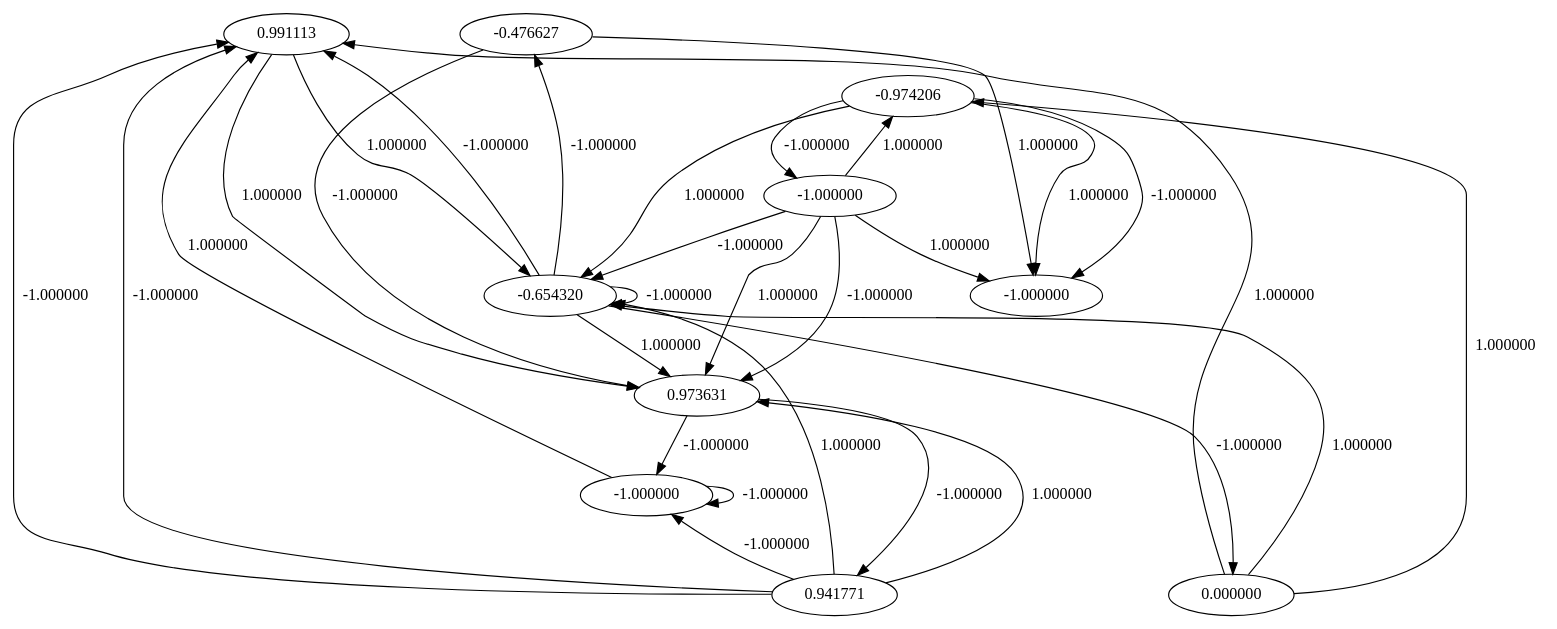
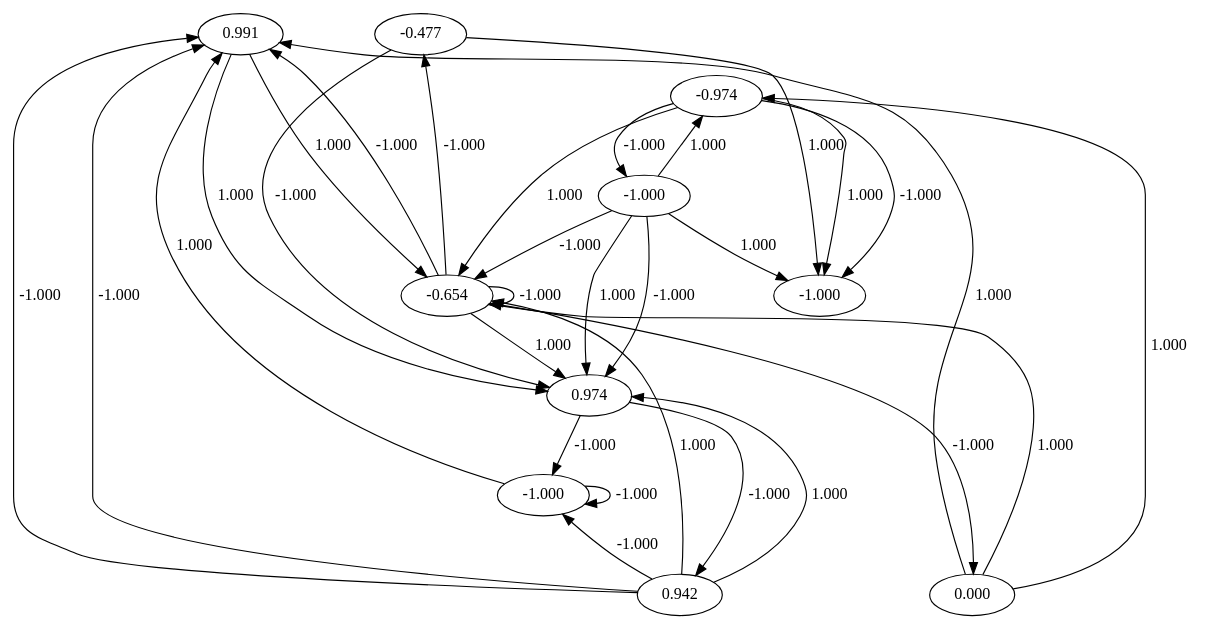
One commit to bkovitz/acclivation changed the diagram in test.dot. Above: the diagram before and after it, drawn with Graphviz. The commit also changed 4 other files, not shown here.

```diff
--- a/test.dot
+++ b/test.dot
@@ -1,42 +1,42 @@
 digraph g {{ rank=source edge [style="invis"] n0 -> n1 }{ rank=sink edge [style="invis"] n2 -> n3 }
-  n0 [label=0.991113]
-  n1 [label=-0.476627]
-  n2 [label=0.941771]
-  n3 [label=0.000000]
-  n4 [label=-1.000000]
-  n5 [label=-1.000000]
-  n6 [label=-0.654320]
-  n7 [label=-0.974206]
-  n8 [label=-1.000000]
-  n9 [label=0.973631]
-  n0 -> n9 [label=1.000000];
-  n6 -> n0 [label=-1.000000];
-  n2 -> n6 [label=1.000000];
-  n8 -> n7 [label=1.000000];
-  n2 -> n0 [label=-1.000000];
-  n3 -> n7 [label=1.000000];
-  n9 -> n2 [label=-1.000000];
-  n8 -> n9 [label=1.000000];
-  n3 -> n6 [label=1.000000];
-  n2 -> n9 [label=1.000000];
-  n1 -> n9 [label=-1.000000];
-  n7 -> n8 [label=-1.000000];
-  n5 -> n0 [label=1.000000];
-  n6 -> n1 [label=-1.000000];
-  n6 -> n3 [label=-1.000000];
-  n0 -> n6 [label=1.000000];
-  n5 -> n5 [label=-1.000000];
-  n7 -> n6 [label=1.000000];
-  n6 -> n9 [label=1.000000];
-  n7 -> n4 [label=1.000000];
-  n2 -> n5 [label=-1.000000];
-  n7 -> n4 [label=-1.000000];
-  n3 -> n0 [label=1.000000];
-  n8 -> n6 [label=-1.000000];
-  n8 -> n4 [label=1.000000];
-  n1 -> n4 [label=1.000000];
-  n2 -> n0 [label=-1.000000];
-  n8 -> n9 [label=-1.000000];
-  n6 -> n6 [label=-1.000000];
-  n9 -> n5 [label=-1.000000];
+  n0 [label=0.991]
+  n1 [label=-0.477]
+  n2 [label=0.942]
+  n3 [label=0.000]
+  n4 [label=-1.000]
+  n5 [label=-1.000]
+  n6 [label=-0.654]
+  n7 [label=-0.974]
+  n8 [label=-1.000]
+  n9 [label=0.974]
+  n0 -> n9 [label=1.000];
+  n6 -> n0 [label=-1.000];
+  n2 -> n6 [label=1.000];
+  n8 -> n7 [label=1.000];
+  n2 -> n0 [label=-1.000];
+  n3 -> n7 [label=1.000];
+  n9 -> n2 [label=-1.000];
+  n8 -> n9 [label=1.000];
+  n3 -> n6 [label=1.000];
+  n2 -> n9 [label=1.000];
+  n1 -> n9 [label=-1.000];
+  n7 -> n8 [label=-1.000];
+  n5 -> n0 [label=1.000];
+  n6 -> n1 [label=-1.000];
+  n6 -> n3 [label=-1.000];
+  n0 -> n6 [label=1.000];
+  n5 -> n5 [label=-1.000];
+  n7 -> n6 [label=1.000];
+  n6 -> n9 [label=1.000];
+  n7 -> n4 [label=1.000];
+  n2 -> n5 [label=-1.000];
+  n7 -> n4 [label=-1.000];
+  n3 -> n0 [label=1.000];
+  n8 -> n6 [label=-1.000];
+  n8 -> n4 [label=1.000];
+  n1 -> n4 [label=1.000];
+  n2 -> n0 [label=-1.000];
+  n8 -> n9 [label=-1.000];
+  n6 -> n6 [label=-1.000];
+  n9 -> n5 [label=-1.000];
 }
```
